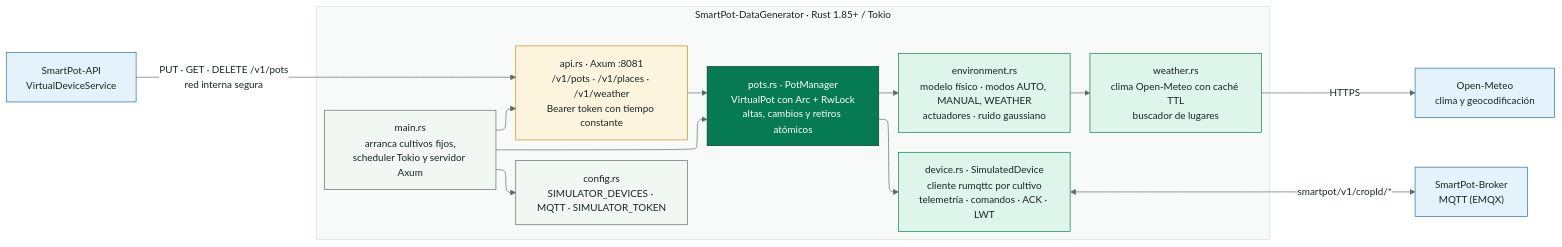
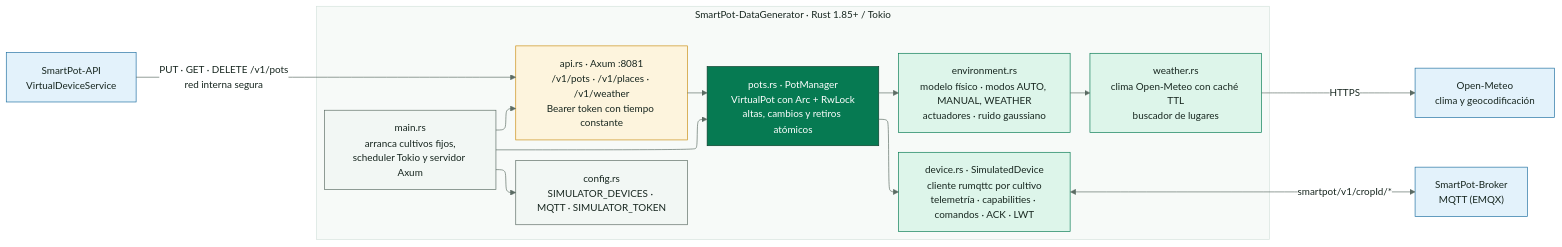
The diagram in docs/diagrams/SmartPot_DataGenerator_Rust_Global_Component.mmd (SmartPotTech/SmartPot-DataGenerator), drawn with Mermaid before and after one commit. The commit also changed 4 other files, not shown here.

```diff
--- a/docs/diagrams/SmartPot_DataGenerator_Rust_Global_Component.mmd
+++ b/docs/diagrams/SmartPot_DataGenerator_Rust_Global_Component.mmd
@@ -1,34 +1,34 @@
 %%{init: {"theme": "base", "fontFamily": "Segoe UI, Arial, sans-serif", "themeVariables": {"fontFamily": "Segoe UI, Arial, sans-serif", "fontSize": "15px", "primaryColor": "#DDF5EA", "primaryTextColor": "#17261F", "primaryBorderColor": "#067A52", "secondaryColor": "#E3F2FB", "secondaryTextColor": "#17261F", "secondaryBorderColor": "#1F6FA0", "tertiaryColor": "#F2F7F4", "tertiaryTextColor": "#17261F", "tertiaryBorderColor": "#D5E3DC", "lineColor": "#5B6B63", "textColor": "#17261F", "mainBkg": "#DDF5EA", "nodeBorder": "#067A52", "clusterBkg": "#F7FAF8", "clusterBorder": "#D5E3DC", "edgeLabelBackground": "#FFFFFF", "actorBkg": "#067A52", "actorBorder": "#0B3D2B", "actorTextColor": "#FFFFFF", "actorLineColor": "#5B6B63", "signalColor": "#17261F", "signalTextColor": "#17261F", "labelBoxBkgColor": "#0B3D2B", "labelBoxBorderColor": "#0B3D2B", "labelTextColor": "#FFFFFF", "loopTextColor": "#0B3D2B", "noteBkgColor": "#FDF4DD", "noteBorderColor": "#C98D12", "noteTextColor": "#17261F", "activationBkgColor": "#DDF5EA", "activationBorderColor": "#067A52", "attributeBackgroundColorOdd": "#FFFFFF", "attributeBackgroundColorEven": "#F2F7F4"}, "layout": "elk", "elk": {"nodePlacementStrategy": "BRANDES_KOEPF", "mergeEdges": false, "cycleBreakingStrategy": "GREEDY"}}}%%
 flowchart LR
   api["SmartPot-API<br/>VirtualDeviceService"]
   meteo["Open-Meteo<br/>clima y geocodificación"]
   broker["SmartPot-Broker<br/>MQTT (EMQX)"]
   subgraph sim["SmartPot-DataGenerator · Rust 1.85+ / Tokio"]
     direction TB
     main["main.rs<br/>arranca cultivos fijos,<br/>scheduler Tokio y servidor Axum"]
     config["config.rs<br/>SIMULATOR_DEVICES · MQTT · SIMULATOR_TOKEN"]
     control["api.rs · Axum :8081<br/>/v1/pots · /v1/places · /v1/weather<br/>Bearer token con tiempo constante"]
     manager["pots.rs · PotManager<br/>VirtualPot con Arc + RwLock<br/>altas, cambios y retiros atómicos"]
     env["environment.rs<br/>modelo físico · modos AUTO, MANUAL, WEATHER<br/>actuadores · ruido gaussiano"]
     weather["weather.rs<br/>clima Open-Meteo con caché TTL<br/>buscador de lugares"]
-    device["device.rs · SimulatedDevice<br/>cliente rumqttc por cultivo<br/>telemetría · comandos · ACK · LWT"]
+    device["device.rs · SimulatedDevice<br/>cliente rumqttc por cultivo<br/>telemetría · capabilities · comandos · ACK · LWT"]
   end
   api -->|"PUT · GET · DELETE /v1/pots<br/>red interna segura"| control
   main --> config & control & manager
   control --> manager
   manager --> env & device
   env --> weather
   weather -->|"HTTPS"| meteo
   device <-->|"smartpot/v1/cropId/*"| broker
   classDef leaf fill:#DDF5EA,stroke:#067A52,color:#17261F
   classDef water fill:#E3F2FB,stroke:#1F6FA0,color:#17261F
   classDef sun fill:#FDF4DD,stroke:#C98D12,color:#17261F
   classDef clay fill:#FBE9E1,stroke:#B85A38,color:#17261F
   classDef core fill:#067A52,stroke:#0B3D2B,color:#FFFFFF
   classDef deep fill:#0B3D2B,stroke:#06281C,color:#FFFFFF
   classDef muted fill:#F2F7F4,stroke:#5B6B63,color:#17261F
   class api,meteo,broker water
   class main,config muted
   class control sun
   class manager core
   class env,weather,device leaf
```
